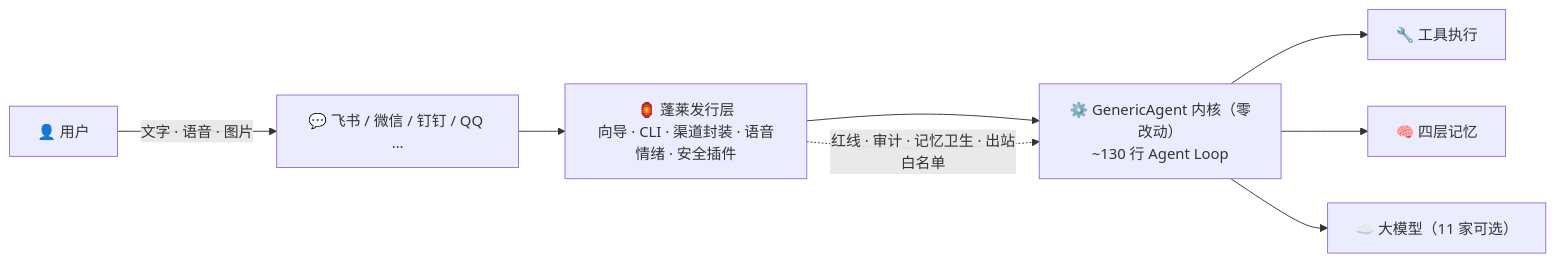
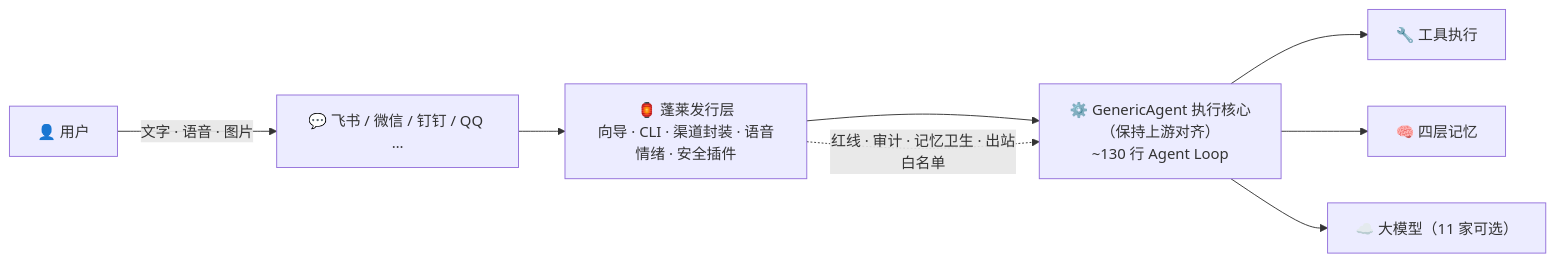
The diagram in README.md (kevinchennewbee/PenglaiAgent), drawn with Mermaid before and after one commit. The commit also changed other lines of this file and 10 other files, not shown here.

````diff
--- a/README.md
+++ b/README.md
@@ -189,10 +189,10 @@
 ```mermaid
 flowchart LR
     U["👤 用户"] -->|"文字 · 语音 · 图片"| IM["💬 飞书 / 微信 / 钉钉 / QQ …"]
     IM --> P["🏮 蓬莱发行层<br/>向导 · CLI · 渠道封装 · 语音情绪 · 安全插件"]
-    P --> K["⚙️ GenericAgent 内核（零改动）<br/>~130 行 Agent Loop"]
+    P --> K["⚙️ GenericAgent 执行核心（保持上游对齐）<br/>~130 行 Agent Loop"]
     K --> T["🔧 工具执行"]
     K --> M["🧠 四层记忆"]
     K --> L["☁️ 大模型（11 家可选）"]
     P -. "红线 · 审计 · 记忆卫生 · 出站白名单" .-> K
 ```
````
